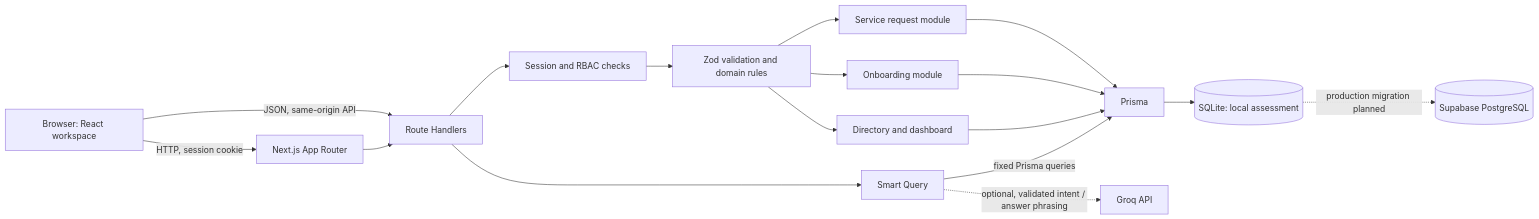
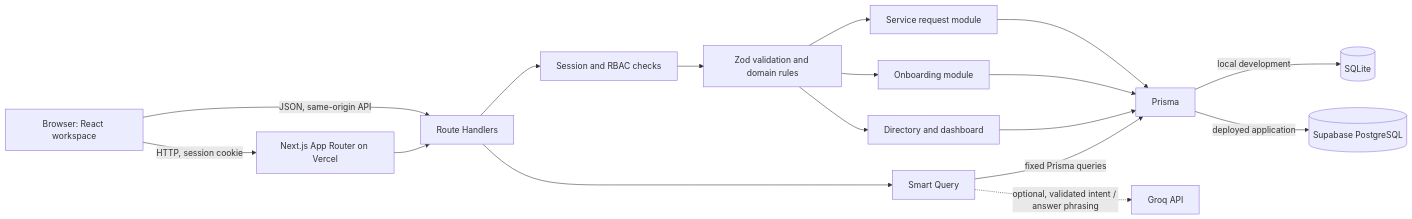
The diagram in ARCHITECTURE.md (Md-Emon-Hasan/hris-systems-developer-assessment), drawn with Mermaid before and after one commit. The commit also changed other lines of this file and 2 other files, not shown here.

Commit message:
Update assessment docs for live deployment

````diff
--- a/ARCHITECTURE.md
+++ b/ARCHITECTURE.md
@@ -22,19 +22,19 @@
 ```mermaid
 flowchart LR
-  U[Browser: React workspace] -->|HTTP, session cookie| N[Next.js App Router]
+  U[Browser: React workspace] -->|HTTP, session cookie| N[Next.js App Router on Vercel]
   U -->|JSON, same-origin API| A[Route Handlers]
   N --> A
   A --> S[Session and RBAC checks]
   S --> V[Zod validation and domain rules]
   V --> R[Service request module]
   V --> O[Onboarding module]
   V --> D[Directory and dashboard]
   R --> P[Prisma]
   O --> P
   D --> P
-  P --> DB[(SQLite: local assessment)]
+  P -->|local development| DB[(SQLite)]
+  P -->|deployed application| PG[(Supabase PostgreSQL)]
   A --> Q[Smart Query]
   Q -->|fixed Prisma queries| P
   Q -. optional, validated intent / answer phrasing .-> G[Groq API]
-  DB -. production migration planned .-> PG[(Supabase PostgreSQL)]
 ```
````
